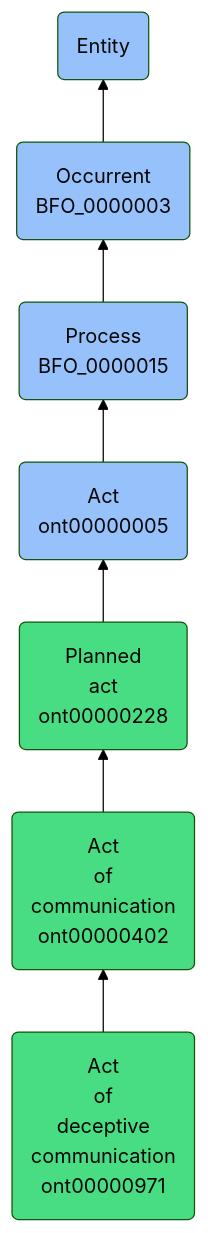
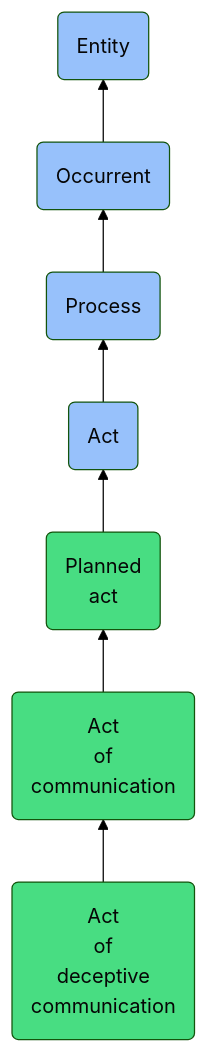
One commit to jupyter-naas/abi changed the diagram in docs/ontology/reference/model/Entity/Occurrent/Process/Act/Planned act/Act of communication/Act of deceptive communication/Act of deceptive communication.md. Above: the diagram before and after it, drawn with Mermaid (forest theme). The commit also changed other lines of this file and 1430 other files, not shown here.

````diff
--- a/docs/ontology/reference/model/Entity/Occurrent/Process/Act/Planned act/Act of communication/Act of deceptive communication/Act of deceptive communication.md
+++ b/docs/ontology/reference/model/Entity/Occurrent/Process/Act/Planned act/Act of communication/Act of deceptive communication/Act of deceptive communication.md
@@ -24,14 +24,14 @@
 ```mermaid
 graph BT
-    ont00000971(Act<br>of<br>deceptive<br>communication<br>ont00000971):::ABI-->ont00000402
-    ont00000402(Act<br>of<br>communication<br>ont00000402):::ABI-->ont00000228
-    ont00000228(Planned<br>act<br>ont00000228):::ABI-->ont00000005
-    ont00000005(Act<br>ont00000005):::BFO-->BFO_0000015
-    BFO_0000015(Process<br>BFO_0000015):::BFO-->BFO_0000003
-    BFO_0000003(Occurrent<br>BFO_0000003):::BFO-->BFO_0000001
+    ont00000971(Act<br>of<br>deceptive<br>communication):::ABI-->ont00000402
+    ont00000402(Act<br>of<br>communication):::ABI-->ont00000228
+    ont00000228(Planned<br>act):::ABI-->ont00000005
+    ont00000005(Act):::BFO-->BFO_0000015
+    BFO_0000015(Process):::BFO-->BFO_0000003
+    BFO_0000003(Occurrent):::BFO-->BFO_0000001
     BFO_0000001(Entity):::BFO
     
     classDef BFO fill:#97c1fb,color:#060606
     classDef CCO fill:#e4c51e,color:#060606
     classDef ABI fill:#48DD82,color:#060606
 ```
````
